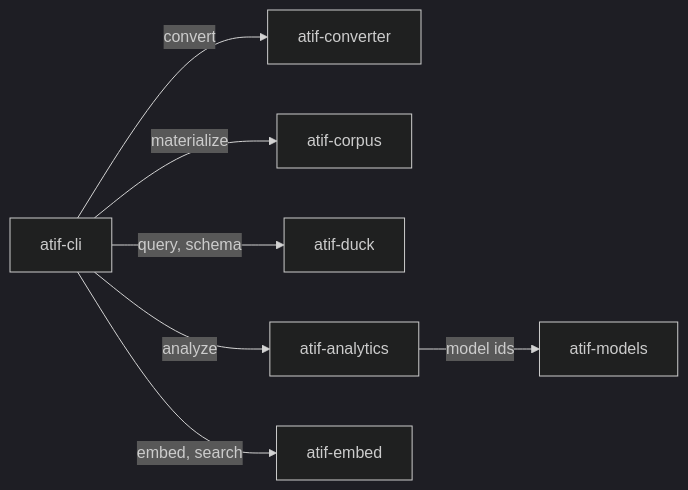
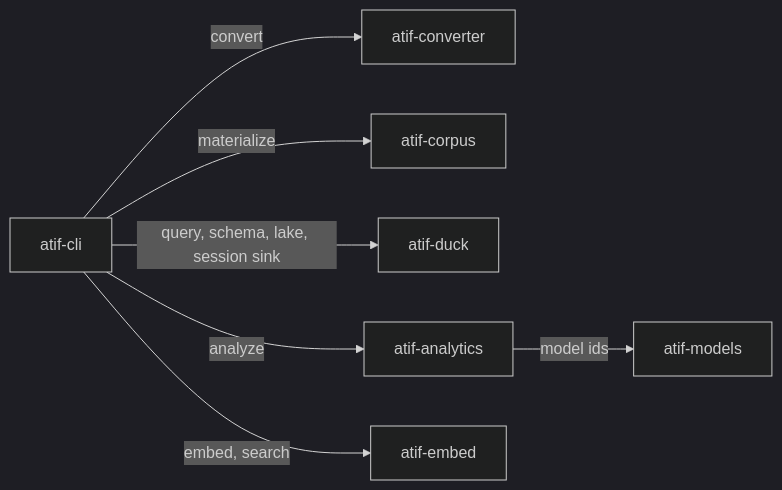
Before and after one commit to laithalsaadoon/atif-sql: the diagram in docs/architecture/system-overview.md, drawn with Mermaid (dark theme). The commit also changed other lines of this file and 5 other files, not shown here.

Commit message:
docs: the DuckLake storage, the SessionSink port and the lake commands

````diff
--- a/docs/architecture/system-overview.md
+++ b/docs/architecture/system-overview.md
@@ -103,17 +116,17 @@
 ```mermaid
 flowchart LR
     cli["atif-cli"]
     conv["atif-converter"]
     corpus["atif-corpus"]
     duck["atif-duck"]
     analytics["atif-analytics"]
     embed["atif-embed"]
     models["atif-models"]
 
     cli -->|convert| conv
     cli -->|materialize| corpus
-    cli -->|query, schema| duck
+    cli -->|query, schema, lake, session sink| duck
     cli -->|analyze| analytics
     cli -->|embed, search| embed
     analytics -->|model ids| models
 ```
````
